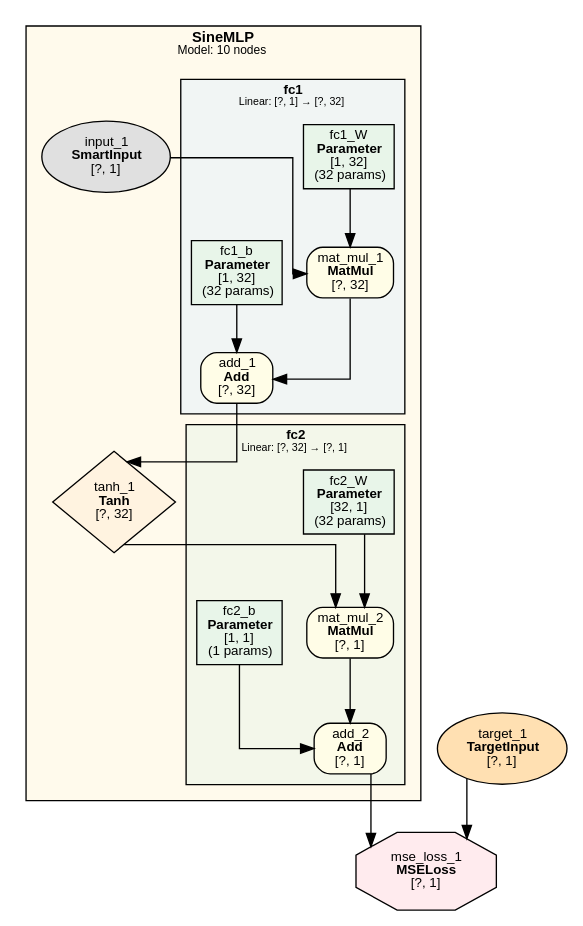
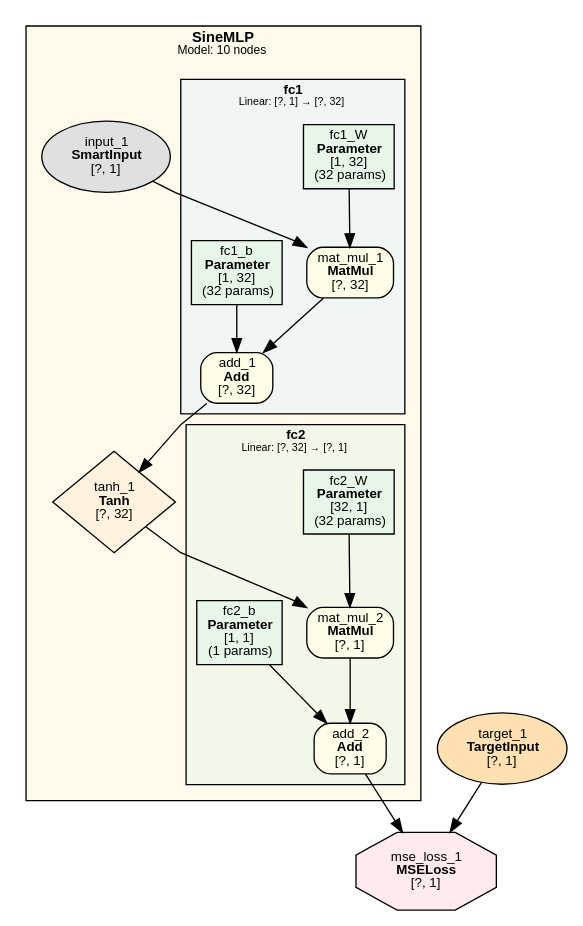
One commit to dbsxdbsx/only_torch changed the diagram in examples/sine_regression/sine_regression.dot. Above: the diagram before and after it, drawn with Graphviz. The commit also changed 20 other files, not shown here.

First line of the commit message:
style(vis): 可视化边线从 ortho 改为 polyline

```diff
--- a/examples/sine_regression/sine_regression.dot
+++ b/examples/sine_regression/sine_regression.dot
@@ -1,57 +1,57 @@
 digraph Model {
     rankdir=TB;
     newrank=true;
-    splines=ortho;
+    splines=polyline;
     node [fontname="Microsoft YaHei,SimHei,Arial"];
     edge [fontname="Microsoft YaHei,SimHei,Arial"];
 
     subgraph cluster_SineMLP {
         label=<<B>SineMLP</B><BR/><FONT POINT-SIZE="9">Model: 10 nodes</FONT>>;
         style=filled;
         fillcolor="#FFECB340";
         fontname="Microsoft YaHei,SimHei,Arial";
         fontsize=11;
         margin=12;
         subgraph cluster_SineMLP_fc1 {
             label=<<B>fc1</B><BR/><FONT POINT-SIZE="8">Linear: [?, 1] → [?, 32]</FONT>>;
             style=filled;
             fillcolor="#E3F2FD80";
             fontname="Microsoft YaHei,SimHei,Arial";
             fontsize=10;
             margin=8;
             "1" [label=<fc1_W<BR/><B>Parameter</B><BR/>[1, 32]<BR/>(32 params)> shape=box style=filled fillcolor="#E8F5E9" fontsize=10];
             "2" [label=<fc1_b<BR/><B>Parameter</B><BR/>[1, 32]<BR/>(32 params)> shape=box style=filled fillcolor="#E8F5E9" fontsize=10];
             "6" [label=<mat_mul_1<BR/><B>MatMul</B><BR/>[?, 32]> shape=box style="filled,rounded" fillcolor="#FFFDE7" fontsize=10];
             "7" [label=<add_1<BR/><B>Add</B><BR/>[?, 32]> shape=box style="filled,rounded" fillcolor="#FFFDE7" fontsize=10];
         }
         subgraph cluster_SineMLP_fc2 {
             label=<<B>fc2</B><BR/><FONT POINT-SIZE="8">Linear: [?, 32] → [?, 1]</FONT>>;
             style=filled;
             fillcolor="#E8F5E980";
             fontname="Microsoft YaHei,SimHei,Arial";
             fontsize=10;
             margin=8;
             "3" [label=<fc2_W<BR/><B>Parameter</B><BR/>[32, 1]<BR/>(32 params)> shape=box style=filled fillcolor="#E8F5E9" fontsize=10];
             "4" [label=<fc2_b<BR/><B>Parameter</B><BR/>[1, 1]<BR/>(1 params)> shape=box style=filled fillcolor="#E8F5E9" fontsize=10];
             "9" [label=<mat_mul_2<BR/><B>MatMul</B><BR/>[?, 1]> shape=box style="filled,rounded" fillcolor="#FFFDE7" fontsize=10];
             "10" [label=<add_2<BR/><B>Add</B><BR/>[?, 1]> shape=box style="filled,rounded" fillcolor="#FFFDE7" fontsize=10];
         }
         "5" [label=<input_1<BR/><B>SmartInput</B><BR/>[?, 1]> shape=ellipse style=filled fillcolor="#E0E0E0" fontsize=10];
         "8" [label=<tanh_1<BR/><B>Tanh</B><BR/>[?, 32]> shape=diamond style=filled fillcolor="#FFF3E0" fontsize=10];
     }
 
     "11" [label=<target_1<BR/><B>TargetInput</B><BR/>[?, 1]> shape=ellipse style=filled fillcolor="#FFE0B2" fontsize=10];
     "12" [label=<mse_loss_1<BR/><B>MSELoss</B><BR/>[?, 1]> shape=octagon style=filled fillcolor="#FFEBEE" fontsize=10];
 
     "5" -> "6";
     "1" -> "6";
     "6" -> "7";
     "2" -> "7";
     "7" -> "8";
     "8" -> "9";
     "3" -> "9";
     "9" -> "10";
     "4" -> "10";
     "10" -> "12";
     "11" -> "12";
 }
```
